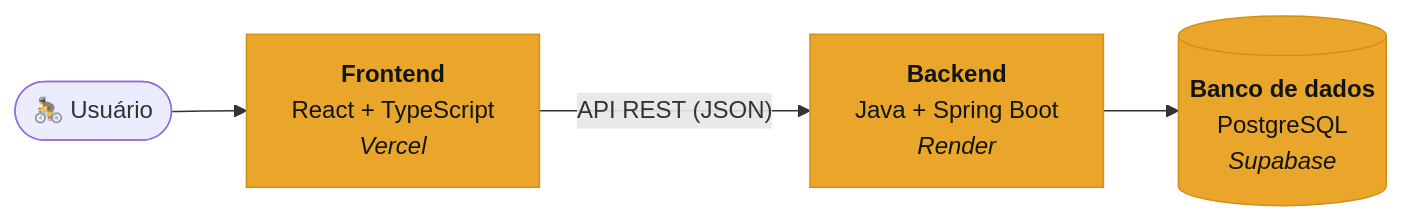
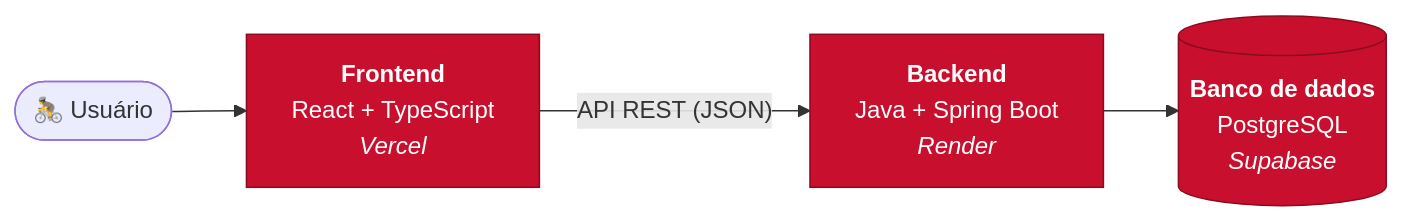
Before and after one commit to fabio-furlan/fb-cicloturismo: the first of 2 diagrams in README.md, drawn with Mermaid. The commit also changed other lines of this file and 55 other files, not shown here.

````diff
--- a/README.md
+++ b/README.md
@@ -90,10 +101,10 @@
 ```mermaid
 flowchart LR
     U(["🚴 Usuário"]) --> F["<b>Frontend</b><br/>React + TypeScript<br/><i>Vercel</i>"]
     F -- "API REST (JSON)" --> B["<b>Backend</b><br/>Java + Spring Boot<br/><i>Render</i>"]
     B --> D[("<b>Banco de dados</b><br/>PostgreSQL<br/><i>Supabase</i>")]
 
-    classDef pronto fill:#eaa62a,stroke:#d18f14,color:#111512
+    classDef pronto fill:#c8102e,stroke:#8a0a20,color:#ffffff
     classDef planejado fill:#f8f6f1,stroke:#999,color:#333,stroke-dasharray:5 5
     class F,B,D pronto
 ```
````
